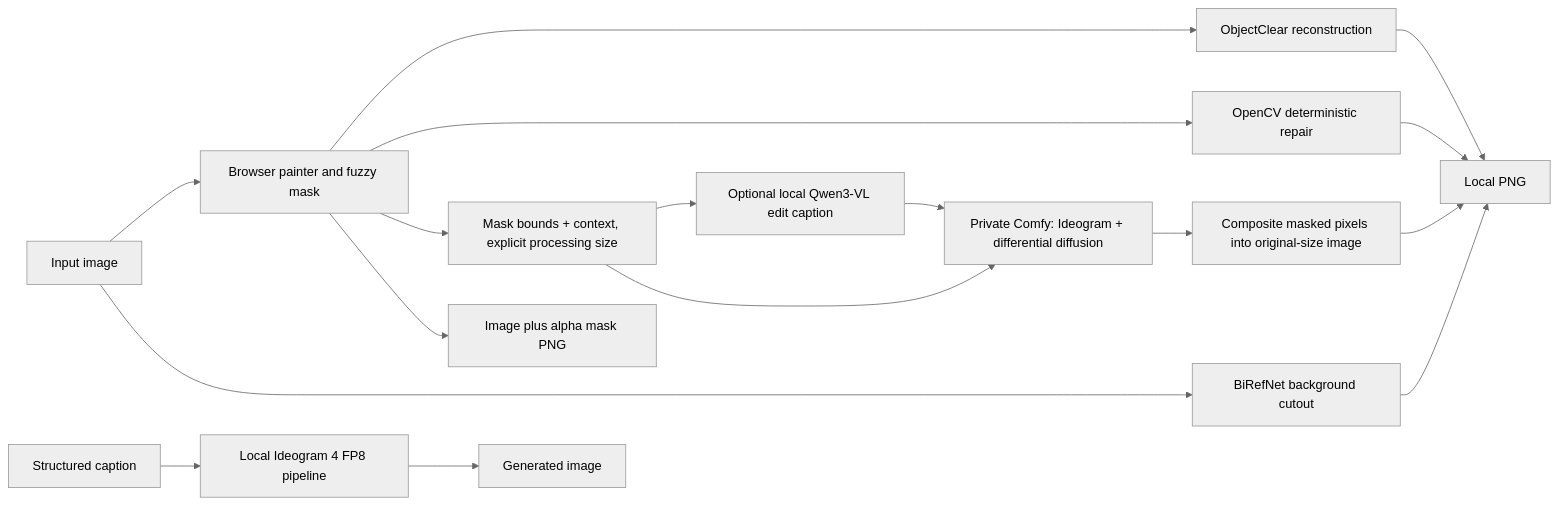
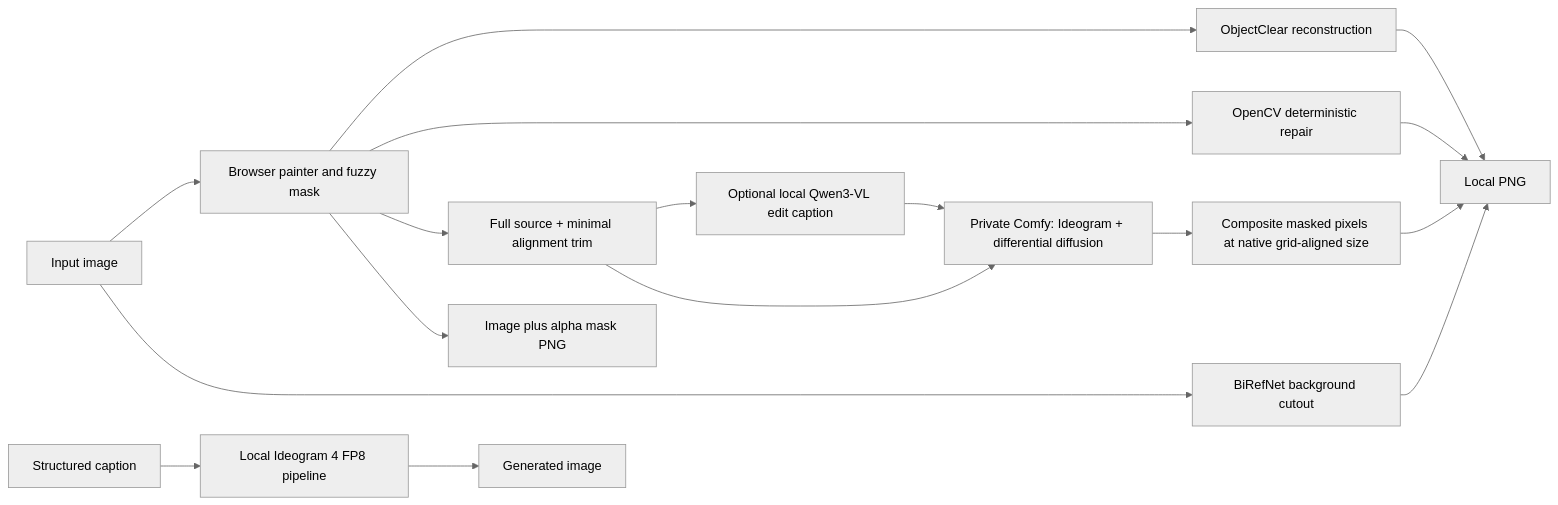
Before and after one commit to CommanderTurtle/mm-tools: the diagram in ideogram/ARCHITECTURE.md, drawn with Mermaid (neutral theme). The commit also changed other lines of this file and 12 other files, not shown here.

````diff
--- a/ideogram/ARCHITECTURE.md
+++ b/ideogram/ARCHITECTURE.md
@@ -7,19 +7,19 @@
 ```mermaid
 flowchart LR
     Image["Input image"] --> Painter["Browser painter and fuzzy mask"]
     Painter --> ObjectClear["ObjectClear reconstruction"]
     Painter --> OpenCV["OpenCV deterministic repair"]
-    Painter --> Crop["Mask bounds + context, explicit processing size"]
+    Painter --> Crop["Full source + minimal alignment trim"]
     Crop --> Caption["Optional local Qwen3-VL edit caption"]
     Caption --> Private["Private Comfy: Ideogram + differential diffusion"]
     Crop --> Private
-    Private --> Composite["Composite masked pixels into original-size image"]
+    Private --> Composite["Composite masked pixels at native grid-aligned size"]
     Composite --> Edited
     Image --> BiRefNet["BiRefNet background cutout"]
     ObjectClear --> Edited["Local PNG"]
     OpenCV --> Edited
     BiRefNet --> Edited
     Painter --> ComfyPNG["Image plus alpha mask PNG"]
     Prompt["Structured caption"] --> Generator["Local Ideogram 4 FP8 pipeline"]
     Generator --> Generated["Generated image"]
 ```
````
